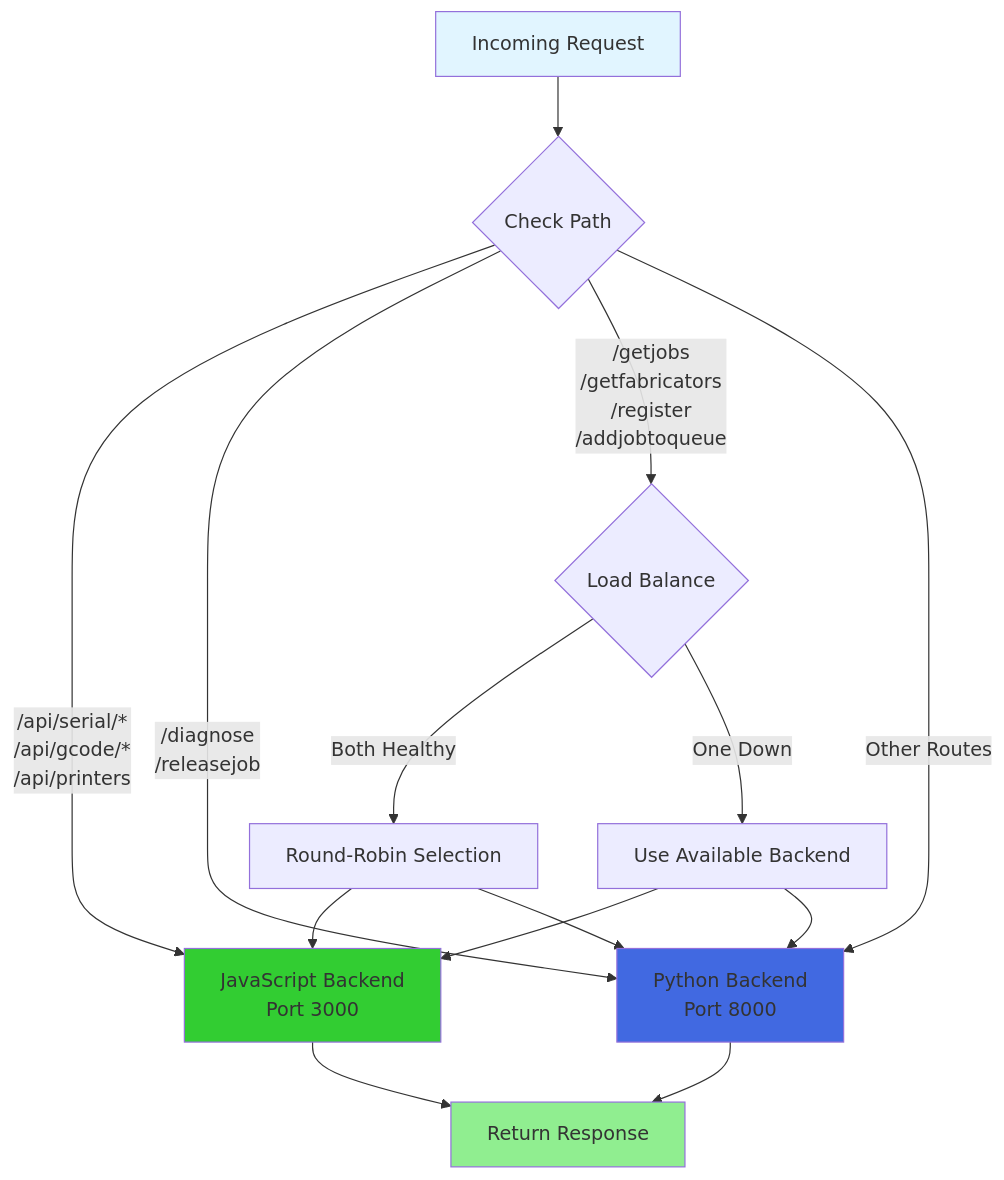
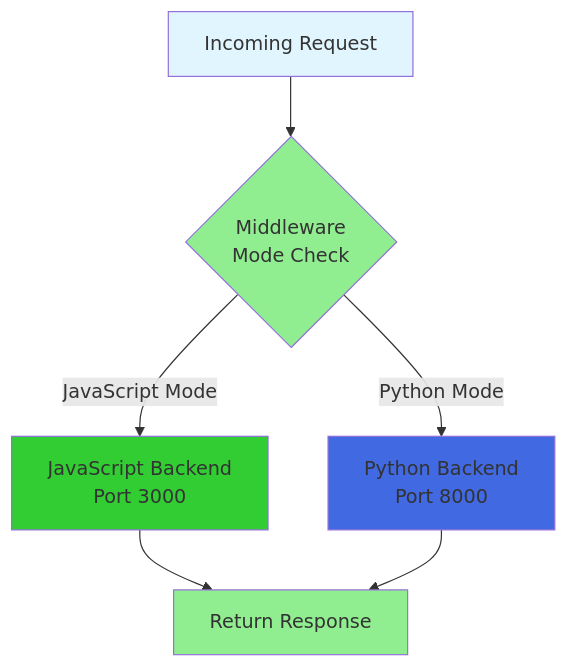
Before and after one commit to sunyhydralab/QView3D: the second of 2 diagrams in middleware/README.md, drawn with Mermaid. The commit also changed other lines of this file and 4 other files, not shown here.

````diff
--- a/middleware/README.md
+++ b/middleware/README.md
@@ -108,26 +92,16 @@
 ```mermaid
 flowchart TD
-    Request[Incoming Request] --> CheckPath{Check Path}
+    Request[Incoming Request] --> Middleware{Middleware<br/>Mode Check}
 
-    CheckPath -->|/api/serial/*<br/>/api/gcode/*<br/>/api/printers| JSBackend[JavaScript Backend<br/>Port 3000]
-    CheckPath -->|/diagnose<br/>/releasejob| PyBackend[Python Backend<br/>Port 8000]
-    CheckPath -->|/getjobs<br/>/getfabricators<br/>/register<br/>/addjobtoqueue| LoadBalance{Load Balance}
-
-    LoadBalance -->|Both Healthy| RoundRobin[Round-Robin Selection]
-    LoadBalance -->|One Down| Available[Use Available Backend]
-
-    RoundRobin --> JSBackend
-    RoundRobin --> PyBackend
-    Available --> JSBackend
-    Available --> PyBackend
-
-    CheckPath -->|Other Routes| PyBackend
+    Middleware -->|Python Mode| PyBackend[Python Backend<br/>Port 8000]
+    Middleware -->|JavaScript Mode| JSBackend[JavaScript Backend<br/>Port 3000]
 
     JSBackend --> Response[Return Response]
     PyBackend --> Response
 
     style Request fill:#e1f5ff
+    style Middleware fill:#90ee90
     style JSBackend fill:#32cd32
     style PyBackend fill:#4169e1
     style Response fill:#90ee90
 ```
````
